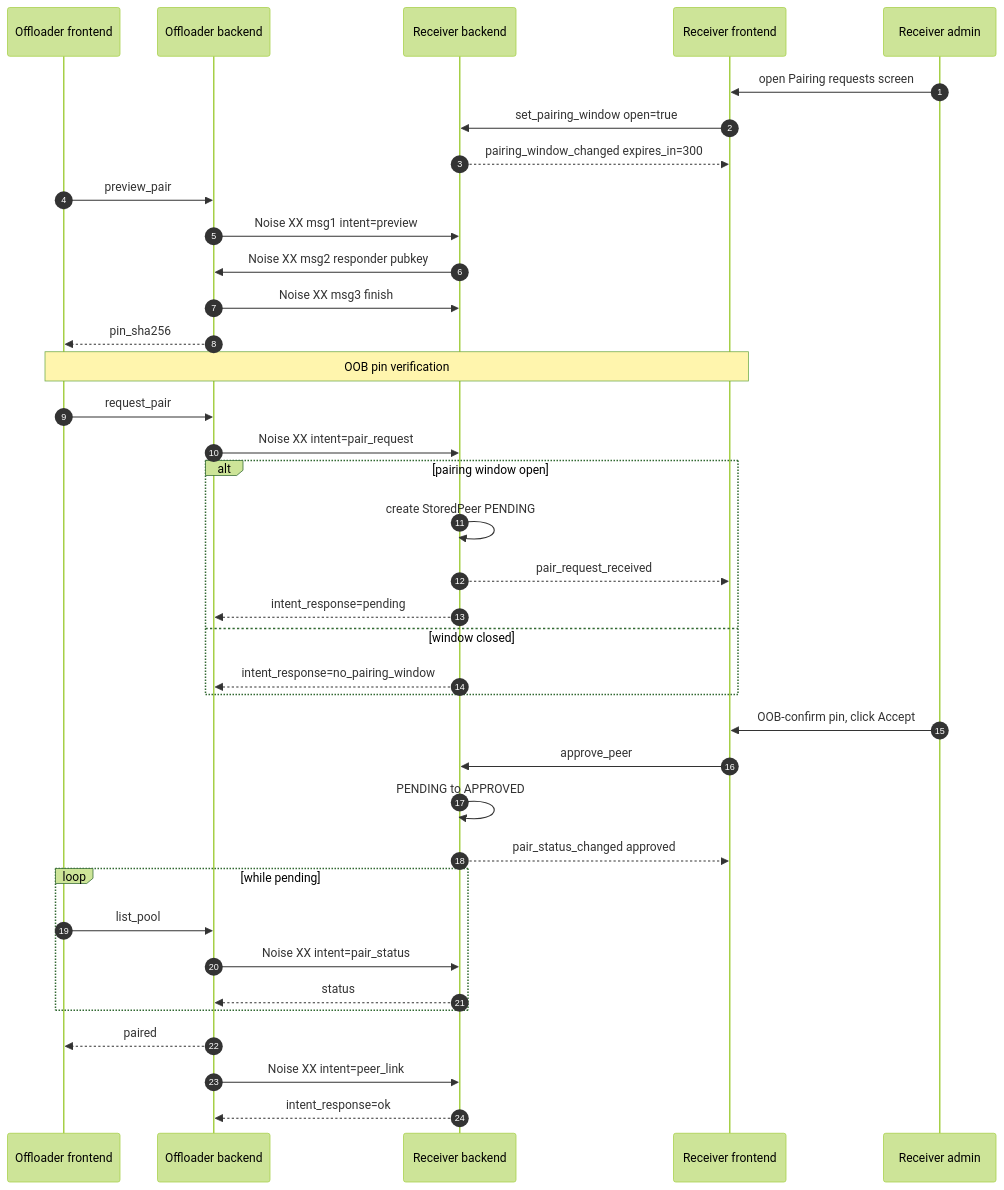
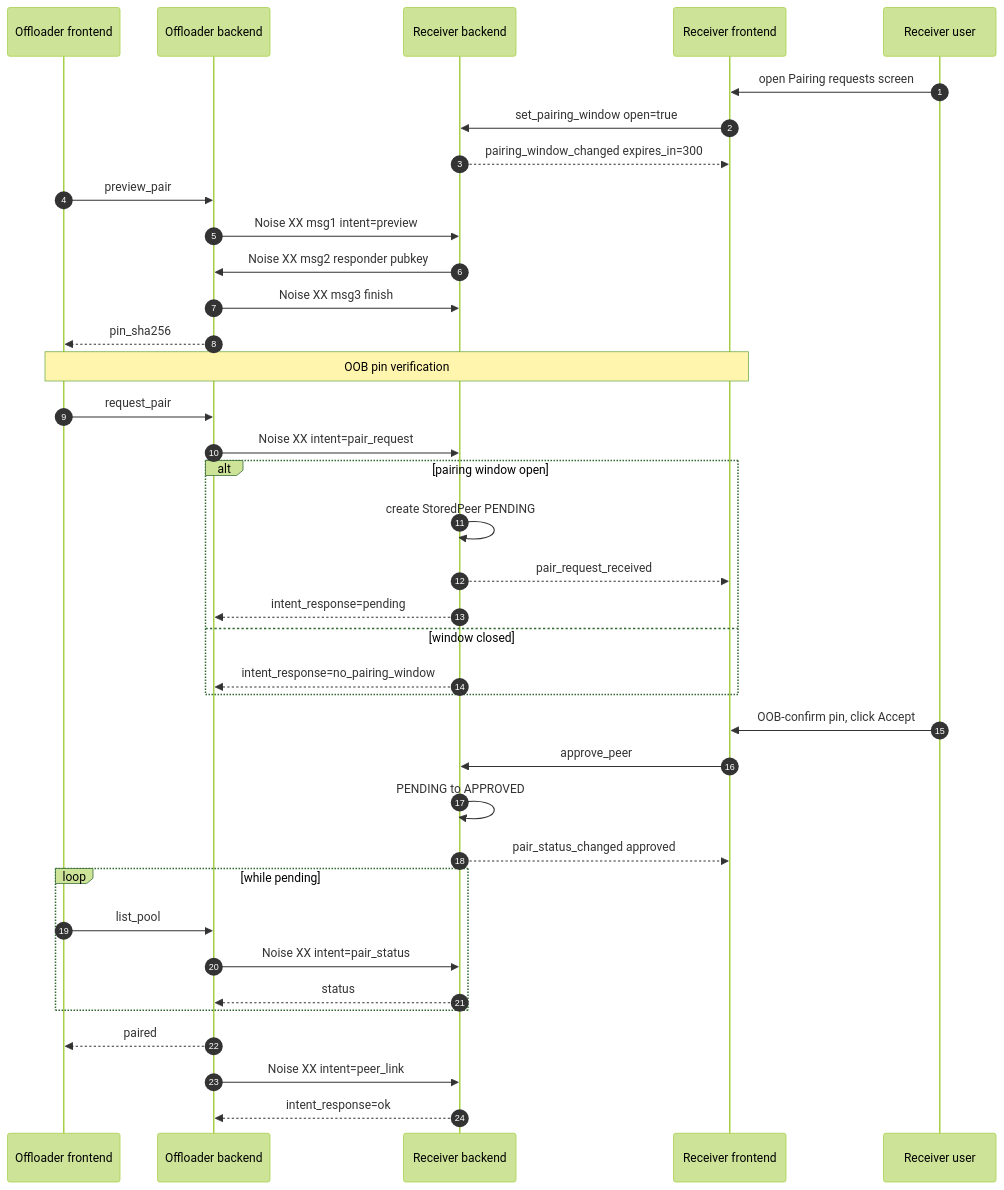
The diagram in docs/ARCHITECTURE.md (esphome/device-builder), drawn with Mermaid (forest theme) before and after one commit. The commit also changed other lines of this file, not shown here.

````diff
--- a/docs/ARCHITECTURE.md
+++ b/docs/ARCHITECTURE.md
@@ -209,46 +209,46 @@
 ```mermaid
 sequenceDiagram
     autonumber
     participant OF as Offloader frontend
     participant OB as Offloader backend
     participant RB as Receiver backend
     participant RF as Receiver frontend
-    participant RU as Receiver admin
+    participant RU as Receiver user
 
     RU->>RF: open Pairing requests screen
     RF->>RB: set_pairing_window open=true
     RB-->>RF: pairing_window_changed expires_in=300
 
     OF->>OB: preview_pair
     OB->>RB: Noise XX msg1 intent=preview
     RB->>OB: Noise XX msg2 responder pubkey
     OB->>RB: Noise XX msg3 finish
     OB-->>OF: pin_sha256
 
     Note over OF,RF: OOB pin verification
 
     OF->>OB: request_pair
     OB->>RB: Noise XX intent=pair_request
     alt pairing window open
         RB->>RB: create StoredPeer PENDING
         RB-->>RF: pair_request_received
         RB-->>OB: intent_response=pending
     else window closed
         RB-->>OB: intent_response=no_pairing_window
     end
 
     RU->>RF: OOB-confirm pin, click Accept
     RF->>RB: approve_peer
     RB->>RB: PENDING to APPROVED
     RB-->>RF: pair_status_changed approved
 
     loop while pending
         OF->>OB: list_pool
         OB->>RB: Noise XX intent=pair_status
         RB-->>OB: status
     end
     OB-->>OF: paired
 
     OB->>RB: Noise XX intent=peer_link
     RB-->>OB: intent_response=ok
 ```
````
